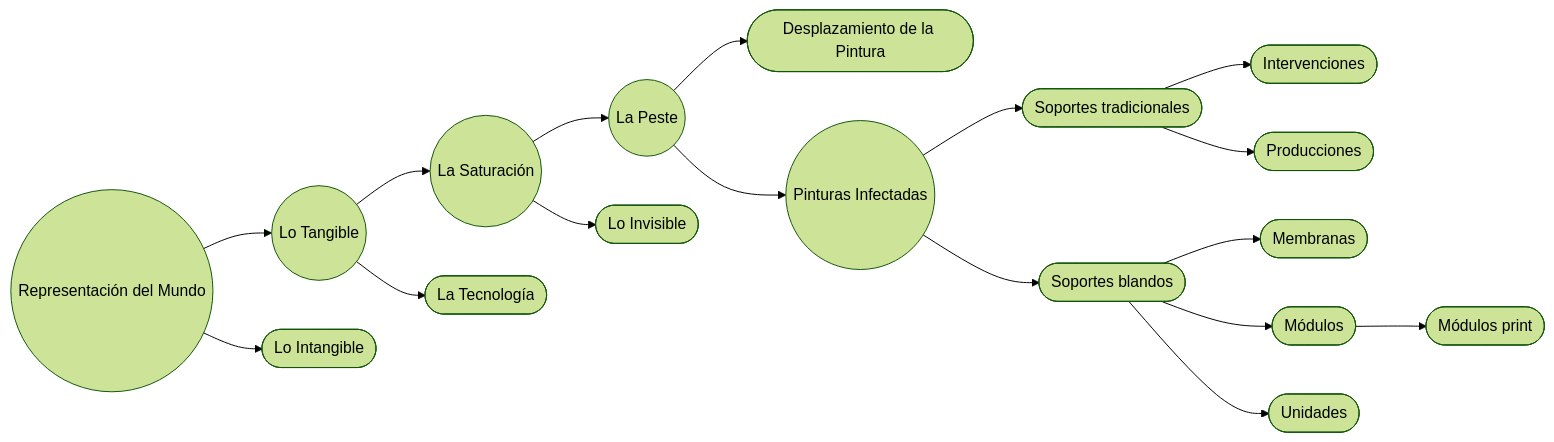
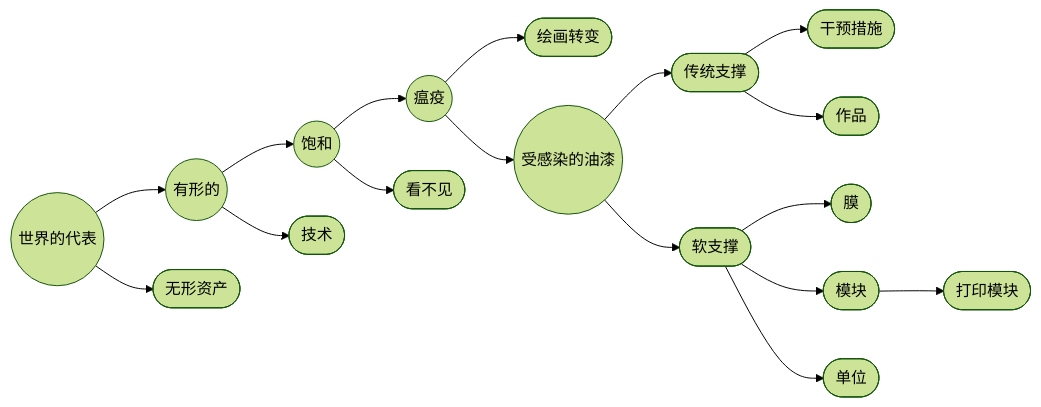
Before and after one commit to EGGS-Artesvisuales/EGGS-Artesvisuales.github.io: the first of 6 diagrams in CHN/peste-pinturas-infectadas.md, drawn with Mermaid (forest theme). The commit also changed other lines of this file and 43 other files, not shown here.

```diff
--- a/CHN/peste-pinturas-infectadas.md
+++ b/CHN/peste-pinturas-infectadas.md
@@ -50,69 +50,69 @@
 <div class="mermaid">
 flowchart LR
-  RM((Representación del Mundo))
-  LT((Lo Tangible))
-  Z2([Lo Intangible])
+  RM((世界的代表))
+  LT((有形的))
+  Z2([无形资产])
 
-  LS((La Saturación))
-  LTec([La Tecnología])
-  LP((La Peste))
-  LI([Lo Invisible])
-  DP([Desplazamiento de la Pintura])
+  LS((饱和))
+  LTec([技术])
+  LP((瘟疫))
+  LI([看不见])
+  DP([绘画转变])
 
-  PI((Pinturas Infectadas))
-  ST([Soportes tradicionales])
-  SB([Soportes blandos])
+  PI((受感染的油漆))
+  ST([传统支撑])
+  SB([软支撑])
 
-  INT([Intervenciones])
-  PROD([Producciones])
+  INT([干预措施])
+  PROD([作品])
 
-  MEM([Membranas])
-  MOD([Módulos])
-  MODP([Módulos print])
-  UNI([Unidades])
+  MEM([膜])
+  MOD([模块])
+  MODP([打印模块])
+  UNI([单位])
 
   RM --> LT
   RM --> Z2
 
   LT --> LS
   LT --> LTec
 
   LS --> LP
   LS --> LI
 
   LP --> DP
   LP --> PI
 
   PI --> ST
   PI --> SB
 
   ST --> INT
   ST --> PROD
 
   SB --> MEM
   SB --> MOD
   MOD --> MODP
   SB --> UNI
 
-  click RM "/CHN/mundo-exterior.html" "Ver Representación del Mundo"
-  click LT "/CHN/tangible.html" "Ver Lo Tangible"
-  click Z2 "/CHN/intangible.html" "Ver Lo Intangible"
+  click RM "/CHN/mundo-exterior.html" "参见世界的代表性"
+  click LT "/CHN/tangible.html" "看到有形的"
+  click Z2 "/CHN/intangible.html" "查看无形资产"
 
-  click LS "/CHN/saturacion.html" "Ver La Saturación"
-  click LTec "/CHN/en-construccion.html" "Ver La Tecnología"
-  click LP "/CHN/la-peste.html" "Ver La Peste"
-  click LI "/CHN/lo-invisible.html" "Ver Lo Invisible"
-  click DP "/CHN/desplazamiento-pintura.html" "Ver Desplazamiento de la Pintura"
+  click LS "/CHN/saturacion.html" "查看饱和度"
+  click LTec "/CHN/en-construccion.html" "看技术"
+  click LP "/CHN/la-peste.html" "参见瘟疫"
+  click LI "/CHN/lo-invisible.html" "看到看不见的东西"
+  click DP "/CHN/desplazamiento-pintura.html" "请参阅绘画偏移"
 
-  click PI "/CHN/peste-pinturas-infectadas.html" "Ver Pinturas Infectadas"
+  click PI "/CHN/peste-pinturas-infectadas.html" "查看受感染的画作"
 
-  click ST "#soportes-tradicionales" "Ir a Soportes tradicionales"
-  click INT "#intervenciones" "Ir a Intervenciones"
-  click PROD "#producciones" "Ir a Producciones"
+  click ST "#传统-支持" "转到传统支持"
+  click INT "#干预措施" "前往干预措施"
+  click PROD "#制作" "前往制作"
 
-  click SB "#soportes-blandos" "Ir a Soportes blandos"
-  click MEM "#membranas" "Ir a Membranas"
-  click MOD "#modulos" "Ir a Módulos"
-  click MODP "#modulos-prints" "Ir a Módulos print"
-  click UNI "#unidades" "Ir a Unidades"
+  click SB "#软支持" "访问 软支撑"
+  click MEM "#膜" "前往膜"
+  click MOD "#模块" "转到模块"
+  click MODP "#模块打印" "转到打印模块"
+  click UNI "#单位" "前往单位"
 </div>
```
